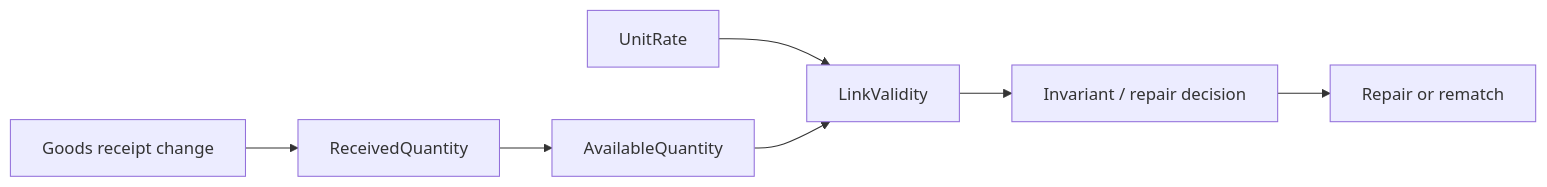
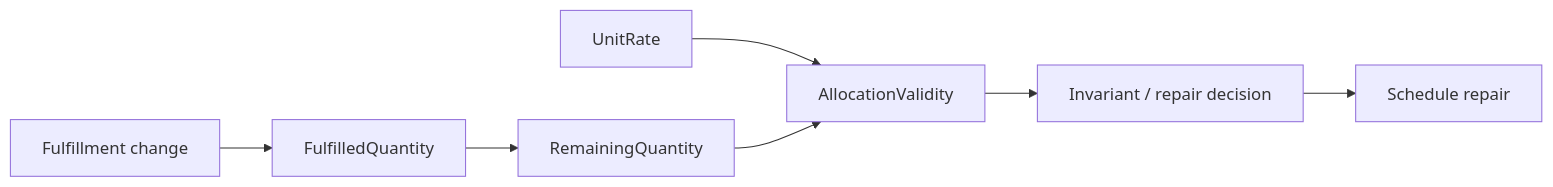
One commit to Raffinert/Consistency changed the second of 3 diagrams in README.md. Above: the diagram before and after it, drawn with Mermaid. The commit also changed other lines of this file and 2 other files, not shown here.

Commit message:
docs: replace procurement examples with order fulfillment

````diff
--- a/README.md
+++ b/README.md
@@ -192,9 +192,9 @@
 ```mermaid
 flowchart LR
-    GR[Goods receipt change] --> RQ[ReceivedQuantity]
-    RQ --> AQ[AvailableQuantity]
-    UR[UnitRate] --> LV[LinkValidity]
-    AQ --> LV
-    LV --> INV[Invariant / repair decision]
-    INV --> RM[Repair or rematch]
+    F[Fulfillment change] --> FQ[FulfilledQuantity]
+    FQ --> RQ[RemainingQuantity]
+    UR[UnitRate] --> AV[AllocationValidity]
+    RQ --> AV
+    AV --> INV[Invariant / repair decision]
+    INV --> R[Schedule repair]
 ```
````
